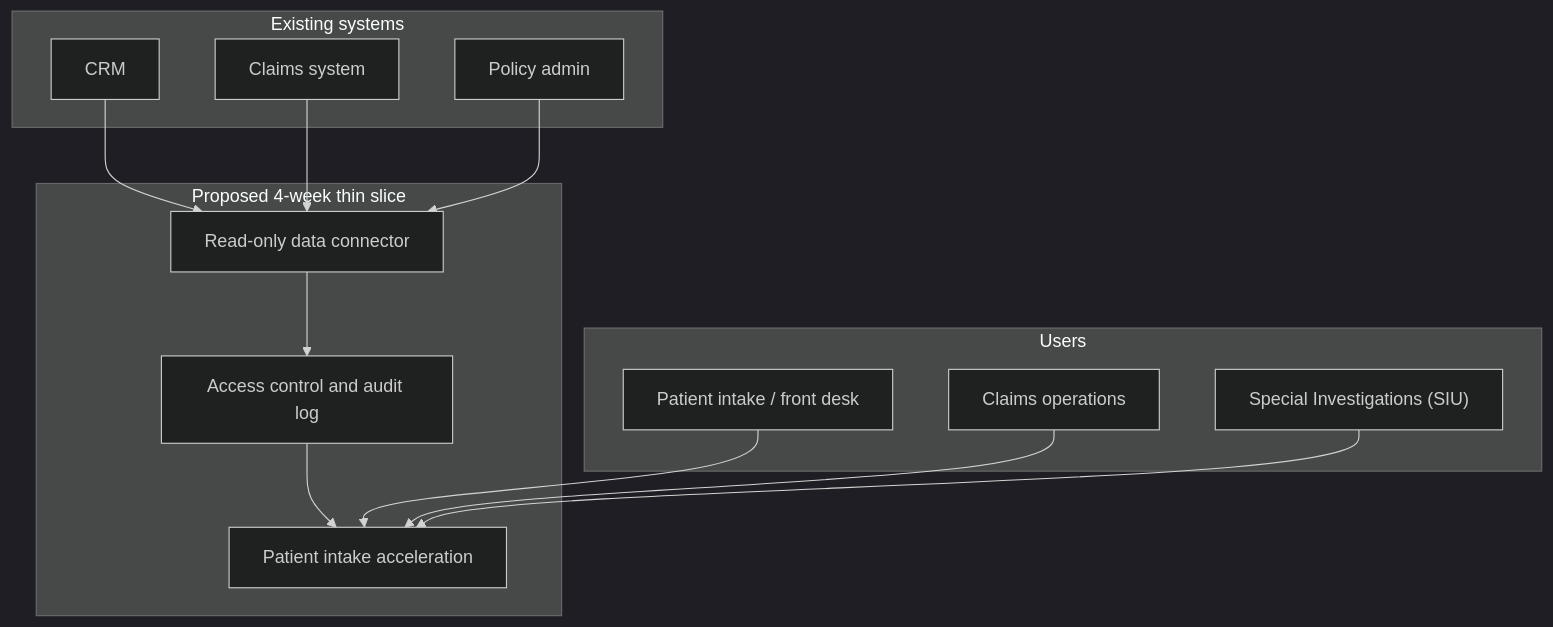
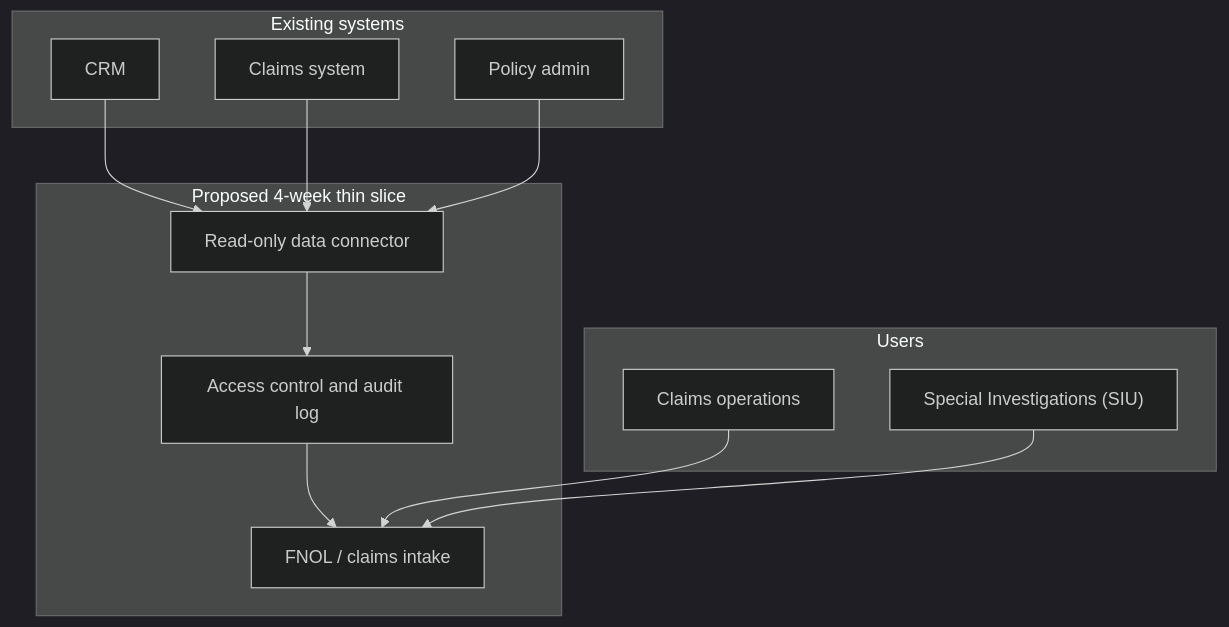
The diagram in examples/mid-size-insurer.md (DanMcB1/ai-architecture-scoper), drawn with Mermaid (dark theme) before and after one commit. The commit also changed other lines of this file and 7 other files, not shown here.

````diff
--- a/examples/mid-size-insurer.md
+++ b/examples/mid-size-insurer.md
@@ -144,25 +144,23 @@
 ```mermaid
 flowchart TB
   subgraph Users["Users"]
-    UPatientIntakeFrontDesk["Patient intake / front desk"]
     UClaimsOperations["Claims operations"]
     USpecialInvestigationsSi["Special Investigations (SIU)"]
   end
   subgraph Existing["Existing systems"]
     SCrm["CRM"]
     SClaimsSystem["Claims system"]
     SPolicyAdmin["Policy admin"]
   end
   subgraph Slice["Proposed 4-week thin slice"]
     CONN["Read-only data connector"]
     GOV["Access control and audit log"]
-    APP["Patient intake acceleration"]
+    APP["FNOL / claims intake"]
   end
   SCrm --> CONN
   SClaimsSystem --> CONN
   SPolicyAdmin --> CONN
   CONN --> GOV --> APP
-  UPatientIntakeFrontDesk --> APP
   UClaimsOperations --> APP
   USpecialInvestigationsSi --> APP
 ```
````
